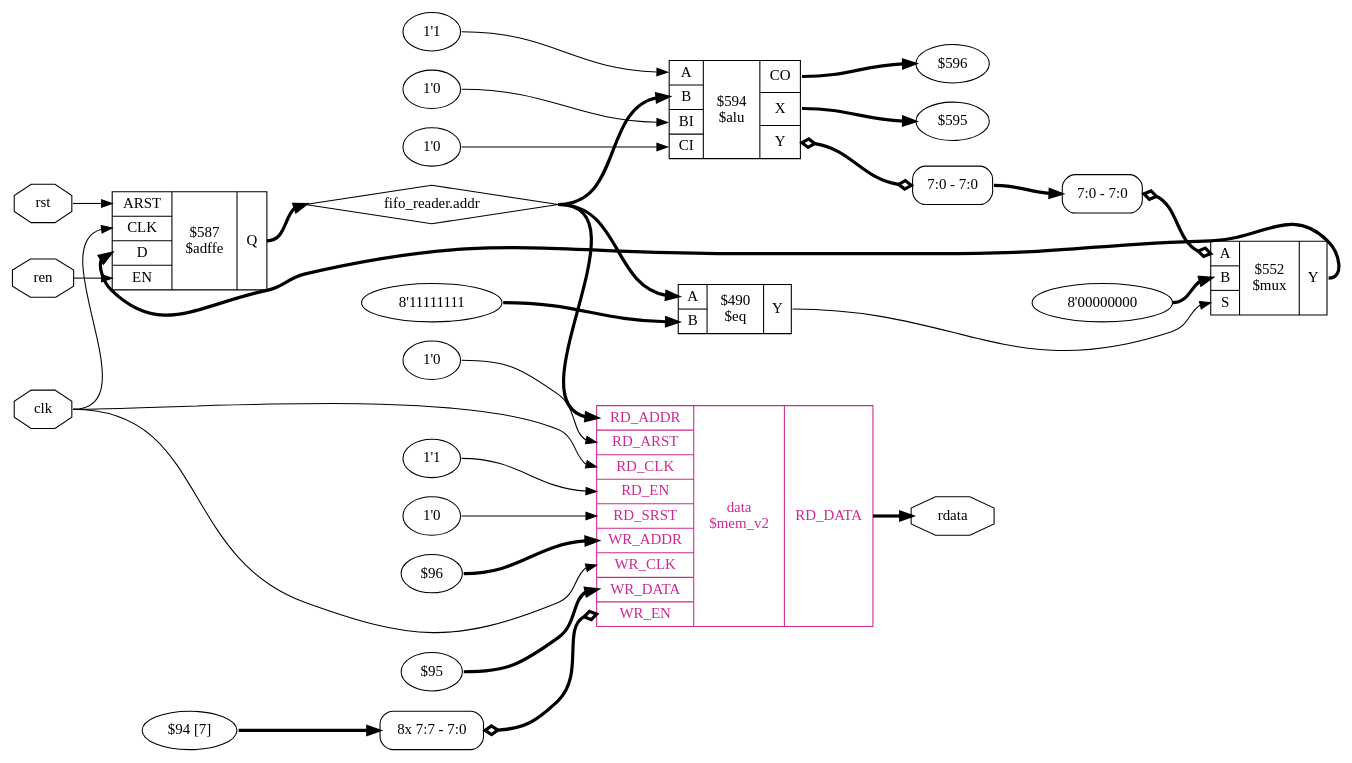
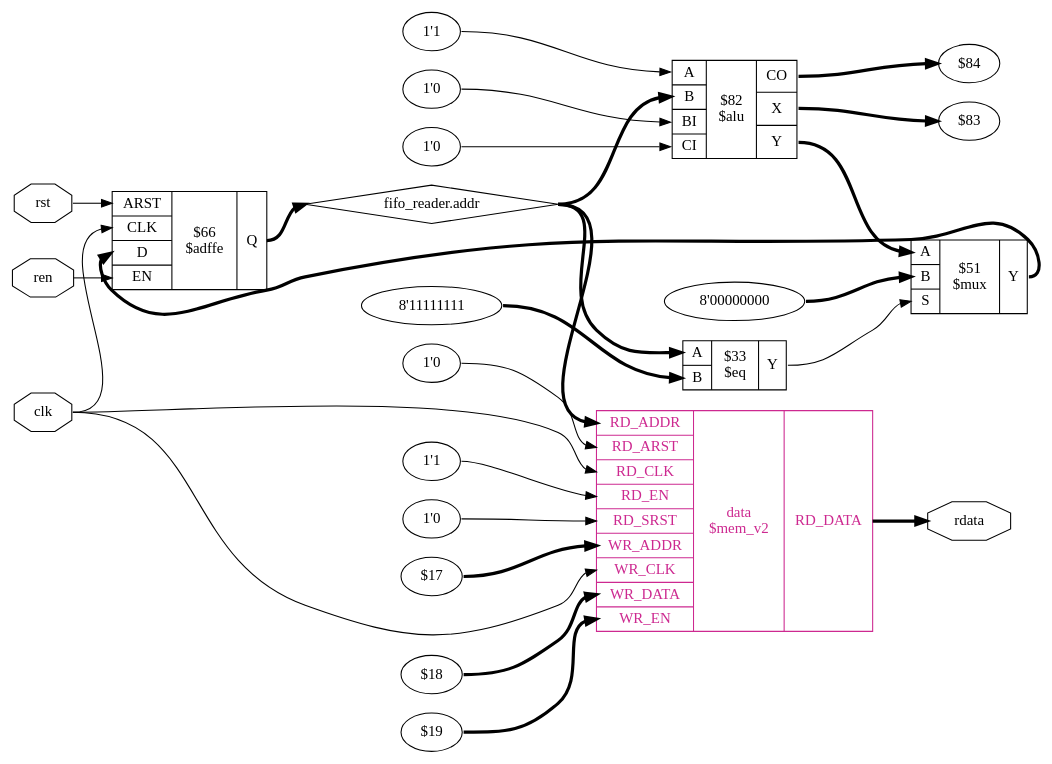
The diagram in source/_images/code_examples/fifo/rdata_coarse.dot (YosysHQ-Docs/yosys-cmd-ref), drawn with Graphviz before and after one commit. The commit also changed 54 other files, not shown here.

```diff
--- a/source/_images/code_examples/fifo/rdata_coarse.dot
+++ b/source/_images/code_examples/fifo/rdata_coarse.dot
@@ -1,59 +1,53 @@
 digraph "fifo" {
 rankdir="LR";
 remincross=true;
 n4 [ shape=octagon, label="clk", color="black", fontcolor="black" ];
 n5 [ shape=diamond, label="fifo_reader.addr", color="black", fontcolor="black" ];
 n6 [ shape=octagon, label="rdata", color="black", fontcolor="black" ];
 n7 [ shape=octagon, label="ren", color="black", fontcolor="black" ];
 n8 [ shape=octagon, label="rst", color="black", fontcolor="black" ];
-v0 [ label="1'1" ];
-v1 [ label="1'0" ];
+c14 [ shape=record, label="{{<p9> ARST|<p10> CLK|<p11> D|<p12> EN}|$66\n$adffe|{<p13> Q}}",  ];
+v0 [ label="$84" ];
+v1 [ label="$83" ];
 v2 [ label="1'0" ];
-v3 [ label="$596" ];
-v4 [ label="$595" ];
-c16 [ shape=record, label="{{<p9> A|<p10> B|<p11> BI|<p12> CI}|$594\n$alu|{<p13> CO|<p14> X|<p15> Y}}",  ];
-x5 [ shape=record, style=rounded, label="<s0> 7:0 - 7:0 ", color="black", fontcolor="black" ];
-c16:p15:e -> x5:w [arrowhead=odiamond, arrowtail=odiamond, dir=both, color="black", fontcolor="black", style="setlinewidth(3)", label=""];
-c22 [ shape=record, label="{{<p17> ARST|<p18> CLK|<p19> D|<p20> EN}|$587\n$adffe|{<p21> Q}}",  ];
-v6 [ label="8'11111111" ];
-c23 [ shape=record, label="{{<p9> A|<p10> B}|$490\n$eq|{<p15> Y}}",  ];
-v8 [ label="8'00000000" ];
-c25 [ shape=record, label="{{<p9> A|<p10> B|<p24> S}|$552\n$mux|{<p15> Y}}",  ];
-x7 [ shape=record, style=rounded, label="<s0> 7:0 - 7:0 ", color="black", fontcolor="black" ];
-x7:e -> c25:p9:w [arrowhead=odiamond, arrowtail=odiamond, dir=both, color="black", fontcolor="black", style="setlinewidth(3)", label=""];
-v9 [ label="1'0" ];
-v10 [ label="1'1" ];
+v3 [ label="1'0" ];
+v4 [ label="1'1" ];
+c22 [ shape=record, label="{{<p15> A|<p16> B|<p17> BI|<p18> CI}|$82\n$alu|{<p19> CO|<p20> X|<p21> Y}}",  ];
+v5 [ label="8'11111111" ];
+c23 [ shape=record, label="{{<p15> A|<p16> B}|$33\n$eq|{<p21> Y}}",  ];
+v6 [ label="8'00000000" ];
+c25 [ shape=record, label="{{<p15> A|<p16> B|<p24> S}|$51\n$mux|{<p21> Y}}",  ];
+v7 [ label="$18" ];
+v8 [ label="$17" ];
+v9 [ label="$19" ];
+v10 [ label="1'0" ];
 v11 [ label="1'0" ];
-v12 [ label="$96" ];
-v13 [ label="$95" ];
-v15 [ label="$94 [7]" ];
+v12 [ label="1'1" ];
 c36 [ shape=record, label="{{<p26> RD_ADDR|<p27> RD_ARST|<p28> RD_CLK|<p29> RD_EN|<p30> RD_SRST|<p31> WR_ADDR|<p32> WR_CLK|<p33> WR_DATA|<p34> WR_EN}|data\n$mem_v2|{<p35> RD_DATA}}", color="maroon3", fontcolor="maroon3" ];
-x14 [ shape=record, style=rounded, label="<s7> 8x 7:7 - 7:0 ", color="black", fontcolor="black" ];
-x14:e -> c36:p34:w [arrowhead=odiamond, arrowtail=odiamond, dir=both, color="black", fontcolor="black", style="setlinewidth(3)", label=""];
-x5:s0:e -> x7:s0:w [color="black", fontcolor="black", style="setlinewidth(3)", label=""];
-c23:p15:e -> c25:p24:w [color="black", fontcolor="black", label=""];
-c25:p15:e -> c22:p19:w [color="black", fontcolor="black", style="setlinewidth(3)", label=""];
-n4:e -> c22:p18:w [color="black", fontcolor="black", label=""];
+c22:p21:e -> c25:p15:w [color="black", fontcolor="black", style="setlinewidth(3)", label=""];
+c23:p21:e -> c25:p24:w [color="black", fontcolor="black", label=""];
+c25:p21:e -> c14:p11:w [color="black", fontcolor="black", style="setlinewidth(3)", label=""];
+n4:e -> c14:p10:w [color="black", fontcolor="black", label=""];
 n4:e -> c36:p28:w [color="black", fontcolor="black", label=""];
 n4:e -> c36:p32:w [color="black", fontcolor="black", label=""];
-c22:p21:e -> n5:w [color="black", fontcolor="black", style="setlinewidth(3)", label=""];
-n5:e -> c16:p10:w [color="black", fontcolor="black", style="setlinewidth(3)", label=""];
-n5:e -> c23:p9:w [color="black", fontcolor="black", style="setlinewidth(3)", label=""];
+c14:p13:e -> n5:w [color="black", fontcolor="black", style="setlinewidth(3)", label=""];
+n5:e -> c22:p16:w [color="black", fontcolor="black", style="setlinewidth(3)", label=""];
+n5:e -> c23:p15:w [color="black", fontcolor="black", style="setlinewidth(3)", label=""];
 n5:e -> c36:p26:w [color="black", fontcolor="black", style="setlinewidth(3)", label=""];
 c36:p35:e -> n6:w [color="black", fontcolor="black", style="setlinewidth(3)", label=""];
-n7:e -> c22:p20:w [color="black", fontcolor="black", label=""];
-n8:e -> c22:p17:w [color="black", fontcolor="black", label=""];
-v0:e -> c16:p9:w [color="black", fontcolor="black", label=""];
-v1:e -> c16:p11:w [color="black", fontcolor="black", label=""];
-v10:e -> c36:p29:w [color="black", fontcolor="black", label=""];
-v11:e -> c36:p30:w [color="black", fontcolor="black", label=""];
-v12:e -> c36:p31:w [color="black", fontcolor="black", style="setlinewidth(3)", label=""];
-v13:e -> c36:p33:w [color="black", fontcolor="black", style="setlinewidth(3)", label=""];
-v15:e -> x14:s7:w [color="black", fontcolor="black", style="setlinewidth(3)", label=""];
-v2:e -> c16:p12:w [color="black", fontcolor="black", label=""];
-c16:p13:e -> v3:w [color="black", fontcolor="black", style="setlinewidth(3)", label=""];
-c16:p14:e -> v4:w [color="black", fontcolor="black", style="setlinewidth(3)", label=""];
-v6:e -> c23:p10:w [color="black", fontcolor="black", style="setlinewidth(3)", label=""];
-v8:e -> c25:p10:w [color="black", fontcolor="black", style="setlinewidth(3)", label=""];
-v9:e -> c36:p27:w [color="black", fontcolor="black", label=""];
+n7:e -> c14:p12:w [color="black", fontcolor="black", label=""];
+n8:e -> c14:p9:w [color="black", fontcolor="black", label=""];
+c22:p19:e -> v0:w [color="black", fontcolor="black", style="setlinewidth(3)", label=""];
+c22:p20:e -> v1:w [color="black", fontcolor="black", style="setlinewidth(3)", label=""];
+v10:e -> c36:p30:w [color="black", fontcolor="black", label=""];
+v11:e -> c36:p27:w [color="black", fontcolor="black", label=""];
+v12:e -> c36:p29:w [color="black", fontcolor="black", label=""];
+v2:e -> c22:p17:w [color="black", fontcolor="black", label=""];
+v3:e -> c22:p18:w [color="black", fontcolor="black", label=""];
+v4:e -> c22:p15:w [color="black", fontcolor="black", label=""];
+v5:e -> c23:p16:w [color="black", fontcolor="black", style="setlinewidth(3)", label=""];
+v6:e -> c25:p16:w [color="black", fontcolor="black", style="setlinewidth(3)", label=""];
+v7:e -> c36:p33:w [color="black", fontcolor="black", style="setlinewidth(3)", label=""];
+v8:e -> c36:p31:w [color="black", fontcolor="black", style="setlinewidth(3)", label=""];
+v9:e -> c36:p34:w [color="black", fontcolor="black", style="setlinewidth(3)", label=""];
 }
```
